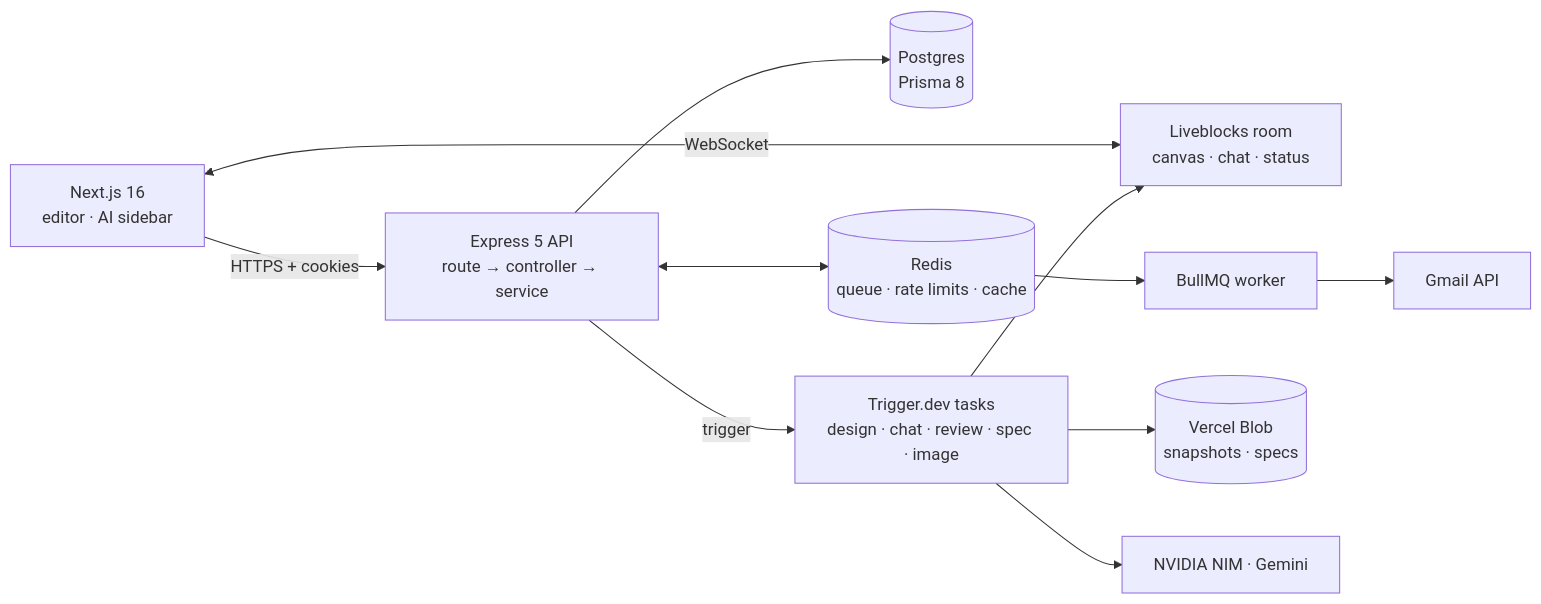
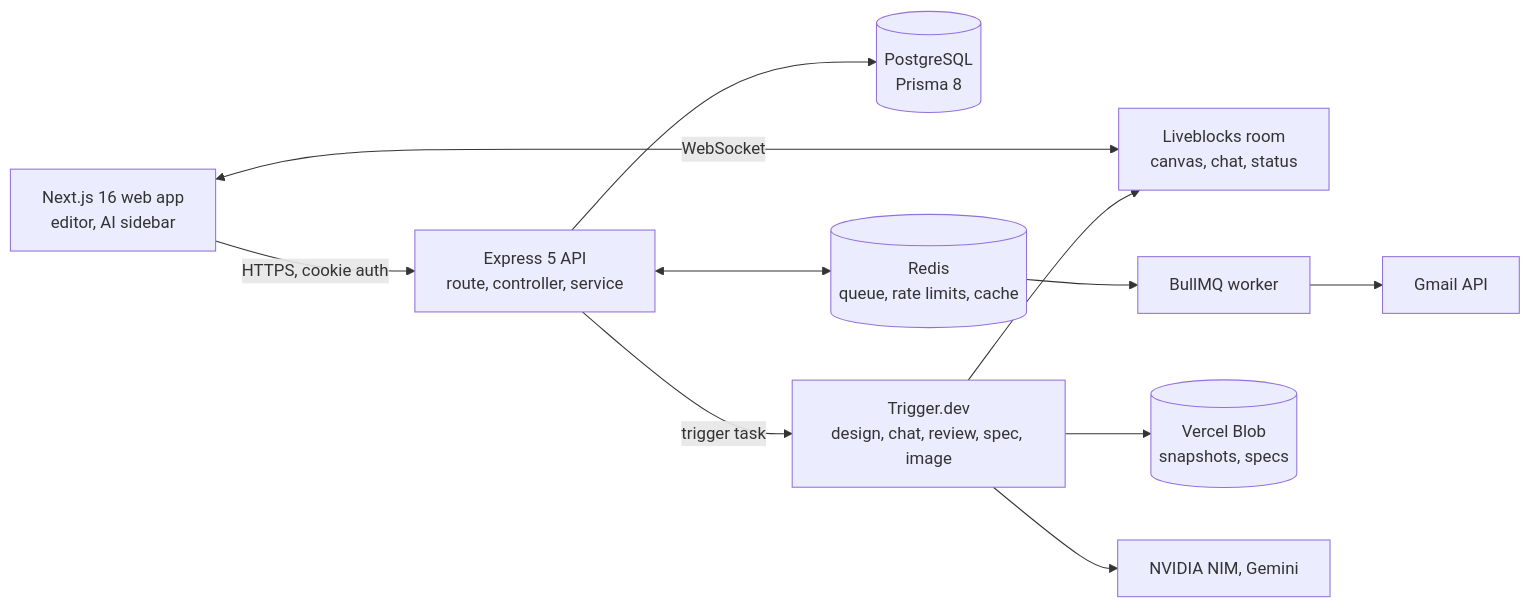
Before and after one commit to venkateshg12/ghost-ai: the first of 4 diagrams in README.md, drawn with Mermaid. The commit also changed other lines of this file and 2 other files, not shown here.

````diff
--- a/README.md
+++ b/README.md
@@ -22,12 +47,12 @@
 ```mermaid
 flowchart LR
-    Web["Next.js 16<br/>editor · AI sidebar"] -->|"HTTPS + cookies"| API["Express 5 API<br/>route → controller → service"]
-    Web <-->|WebSocket| LB["Liveblocks room<br/>canvas · chat · status"]
-    API --> PG[("Postgres<br/>Prisma 8")]
-    API <--> Redis[("Redis<br/>queue · rate limits · cache")]
+    Web["Next.js 16 web app<br/>editor, AI sidebar"] -->|"HTTPS, cookie auth"| API["Express 5 API<br/>route, controller, service"]
+    Web <-->|WebSocket| LB["Liveblocks room<br/>canvas, chat, status"]
+    API --> PG[("PostgreSQL<br/>Prisma 8")]
+    API <--> Redis[("Redis<br/>queue, rate limits, cache")]
     Redis --> Worker["BullMQ worker"] --> Gmail["Gmail API"]
-    API -->|trigger| TD["Trigger.dev tasks<br/>design · chat · review · spec · image"]
+    API -->|trigger task| TD["Trigger.dev<br/>design, chat, review, spec, image"]
     TD --> LB
-    TD --> Blob[("Vercel Blob<br/>snapshots · specs")]
-    TD --> AI["NVIDIA NIM · Gemini"]
+    TD --> Blob[("Vercel Blob<br/>snapshots, specs")]
+    TD --> AI["NVIDIA NIM, Gemini"]
 ```
````
